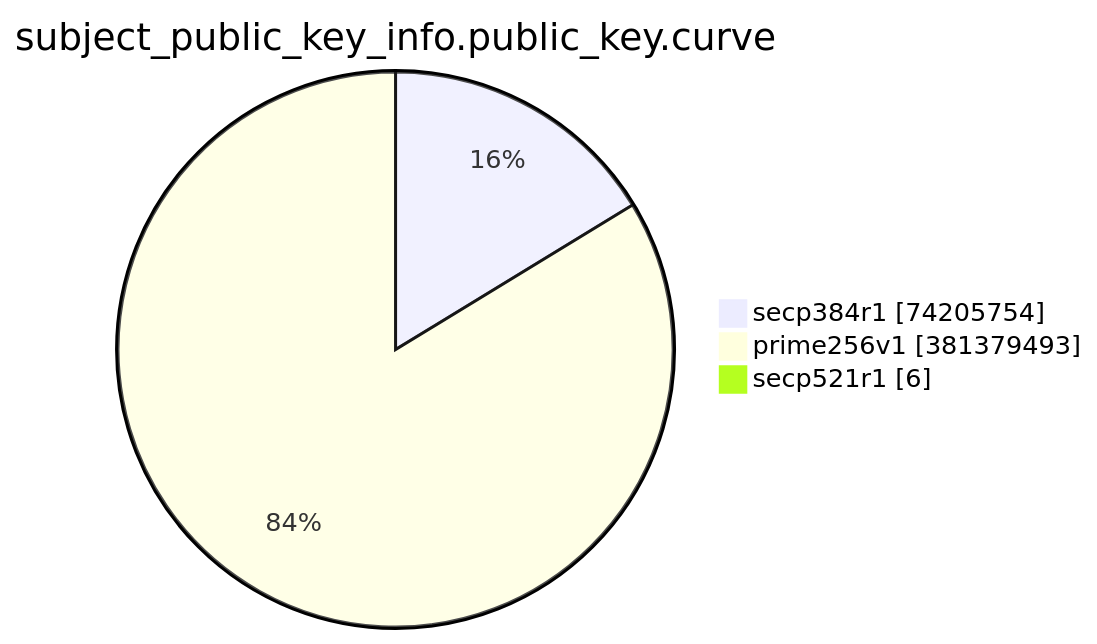
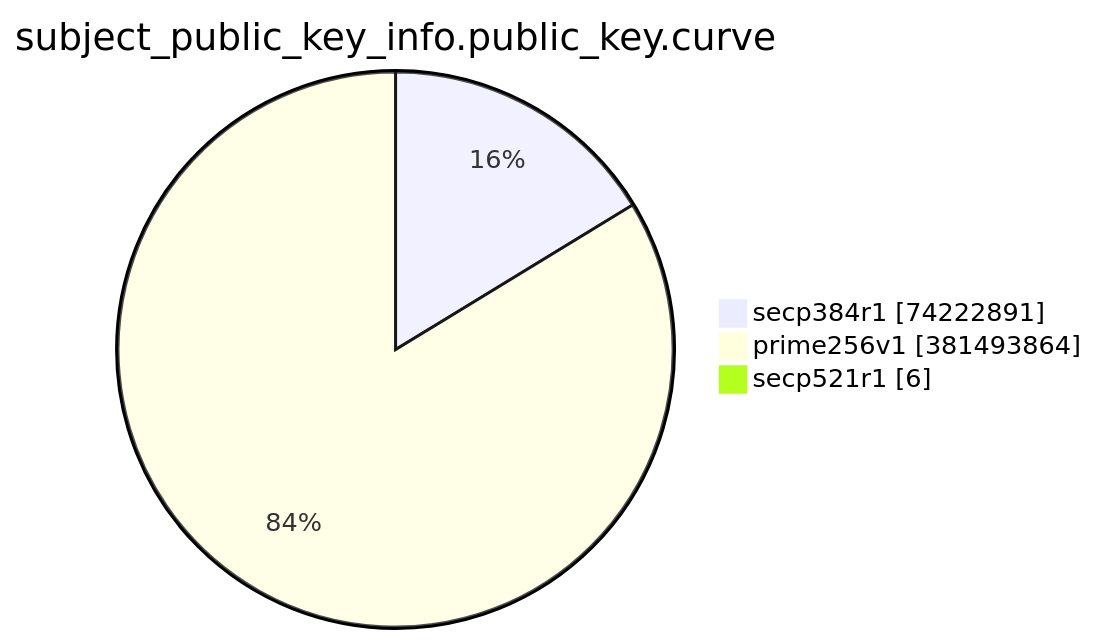
Before and after one commit to christiankrug/ctmonitor_visualization: the eighth of 15 diagrams in TOTAL/README.md, drawn with Mermaid. The commit also changed other lines of this file, not shown here.

````diff
--- a/TOTAL/README.md
+++ b/TOTAL/README.md
@@ -3094,7 +3094,7 @@
 ```mermaid
 pie showData
 title subject_public_key_info.public_key.curve
-"secp384r1" :74205754
-"prime256v1" :381379493
+"secp384r1" :74222891
+"prime256v1" :381493864
 "secp521r1" :6
 ```
````
